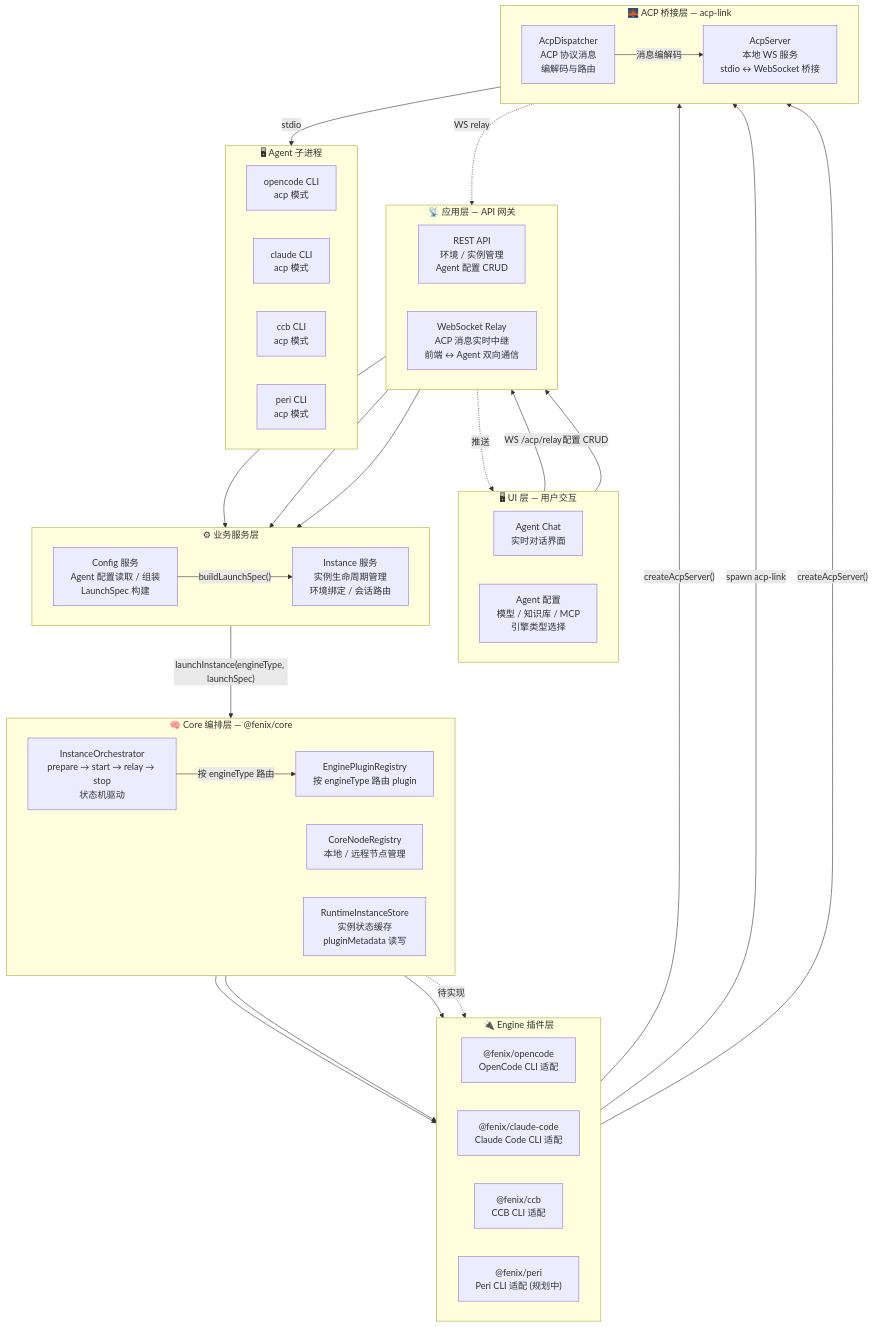
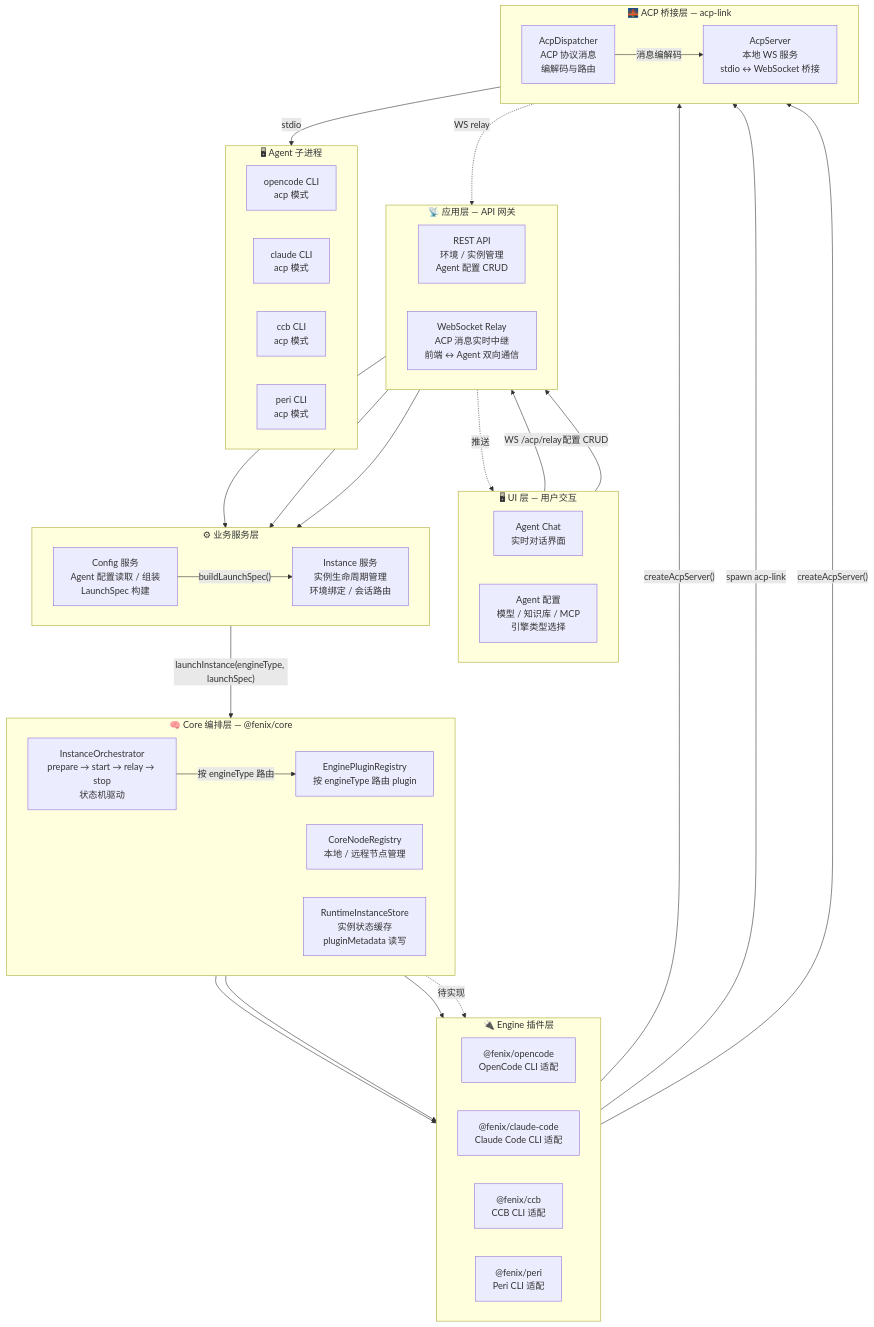
One commit to HuangPuStar/FenixAgent changed the first of 11 diagrams in docs/developer/arch/agent-engine-architecture.md. Above: the diagram before and after it, drawn with Mermaid. The commit also changed other lines of this file and 33 other files, not shown here.

````diff
--- a/docs/developer/arch/agent-engine-architecture.md
+++ b/docs/developer/arch/agent-engine-architecture.md
@@ -11,81 +11,81 @@
 ```mermaid
 graph TB
     subgraph UI["🖥 UI 层 — 用户交互"]
         direction LR
         CHAT["Agent Chat<br/>实时对话界面"]
         AGENT_FORM["Agent 配置<br/>模型 / 知识库 / MCP<br/>引擎类型选择"]
     end
 
     subgraph API["📡 应用层 — API 网关"]
         direction LR
         REST["REST API<br/>环境 / 实例管理<br/>Agent 配置 CRUD"]
         WS["WebSocket Relay<br/>ACP 消息实时中继<br/>前端 ↔ Agent 双向通信"]
     end
 
     subgraph SVC["⚙ 业务服务层"]
         direction LR
         CONFIG_SVC["Config 服务<br/>Agent 配置读取 / 组装<br/>LaunchSpec 构建"]
         INSTANCE_SVC["Instance 服务<br/>实例生命周期管理<br/>环境绑定 / 会话路由"]
     end
 
     subgraph CORE["🧠 Core 编排层 — @fenix/core"]
         direction LR
         ORCH["InstanceOrchestrator<br/>prepare → start → relay → stop<br/>状态机驱动"]
         PLUGIN_REG["EnginePluginRegistry<br/>按 engineType 路由 plugin"]
         NODE_REG["CoreNodeRegistry<br/>本地 / 远程节点管理"]
         STORE["RuntimeInstanceStore<br/>实例状态缓存<br/>pluginMetadata 读写"]
     end
 
     subgraph PLUGIN["🔌 Engine 插件层"]
         direction LR
         OP["@fenix/opencode<br/>OpenCode CLI 适配"]
         CC["@fenix/claude-code<br/>Claude Code CLI 适配"]
         CCB["@fenix/ccb<br/>CCB CLI 适配"]
-        PERI["@fenix/peri<br/>Peri CLI 适配 (规划中)"]
+        PERI["@fenix/peri<br/>Peri CLI 适配"]
     end
 
     subgraph BRIDGE["🌉 ACP 桥接层 — acp-link"]
         direction LR
         ACP_SERVER["AcpServer<br/>本地 WS 服务<br/>stdio ↔ WebSocket 桥接"]
         ACP_DISPATCH["AcpDispatcher<br/>ACP 协议消息<br/>编解码与路由"]
     end
 
     subgraph PROC["🖥 Agent 子进程"]
         direction LR
         OC["opencode CLI<br/>acp 模式"]
         CLAUDE["claude CLI<br/>acp 模式"]
         CCB_CLI["ccb CLI<br/>acp 模式"]
         PERI_CLI["peri CLI<br/>acp 模式"]
     end
 
     %% UI → API
     CHAT -->|"WS /acp/relay"| WS
     AGENT_FORM -->|"配置 CRUD"| REST
 
     %% API → SVC
     REST --> CONFIG_SVC
     REST --> INSTANCE_SVC
     WS --> INSTANCE_SVC
 
     %% SVC → Core
     INSTANCE_SVC -->|"launchInstance(engineType, launchSpec)"| CORE
     CONFIG_SVC -->|"buildLaunchSpec()"| INSTANCE_SVC
 
     %% Core → Plugin
     ORCH -->|"按 engineType 路由"| PLUGIN_REG
     PLUGIN_REG --> OP
     PLUGIN_REG --> CC
     PLUGIN_REG --> CCB
     PLUGIN_REG -.->|"待实现"| PERI
 
     %% Plugin → Bridge → Process
     OP -->|"createAcpServer()"| ACP_SERVER
     CC -->|"spawn acp-link"| ACP_SERVER
     CCB -->|"createAcpServer()"| ACP_SERVER
     ACP_SERVER -->|"stdio"| PROC
     ACP_DISPATCH -->|"消息编解码"| ACP_SERVER
 
     %% Relay → Frontend
     ACP_SERVER -.->|"WS relay"| WS
     WS -.->|"推送"| CHAT
 ```
````
